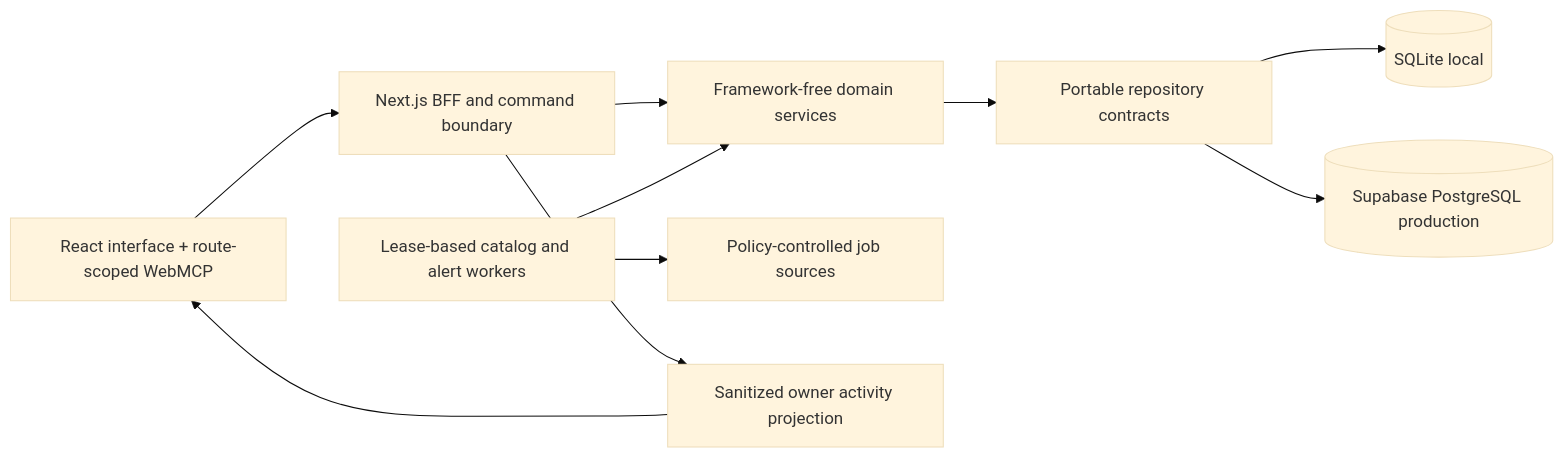
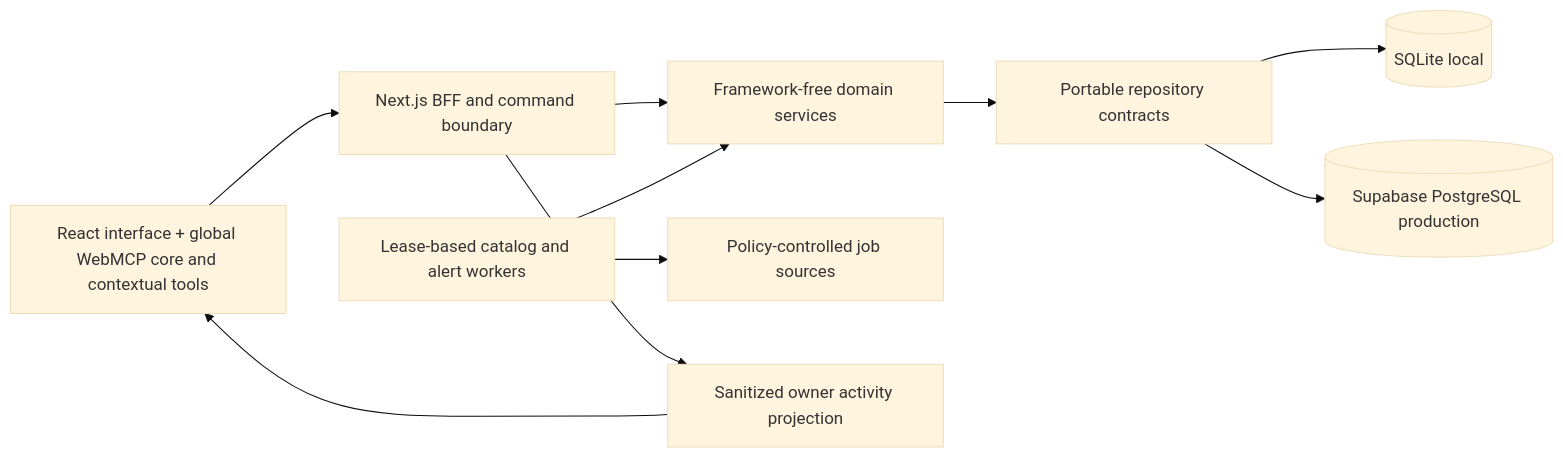
Before and after one commit to der-bear/jobbbler: the diagram in README.md, drawn with Mermaid (base theme). The commit also changed other lines of this file and 7 other files, not shown here.

Commit message:
docs: align the release narrative with the global WebMCP surface

````diff
--- a/README.md
+++ b/README.md
@@ -48,12 +122,12 @@
 ```mermaid
 flowchart LR
-  Browser[React interface + route-scoped WebMCP] --> API[Next.js BFF and command boundary]
+  Browser[React interface + global WebMCP core and contextual tools] --> API[Next.js BFF and command boundary]
   API --> Domain[Framework-free domain services]
   Domain --> Storage[Portable repository contracts]
   Storage --> SQLite[(SQLite local)]
   Storage --> Postgres[(Supabase PostgreSQL production)]
   Worker[Lease-based catalog and alert workers] --> Domain
   Worker --> Sources[Policy-controlled job sources]
   API --> Activity[Sanitized owner activity projection]
   Activity --> Browser
 ```
````
